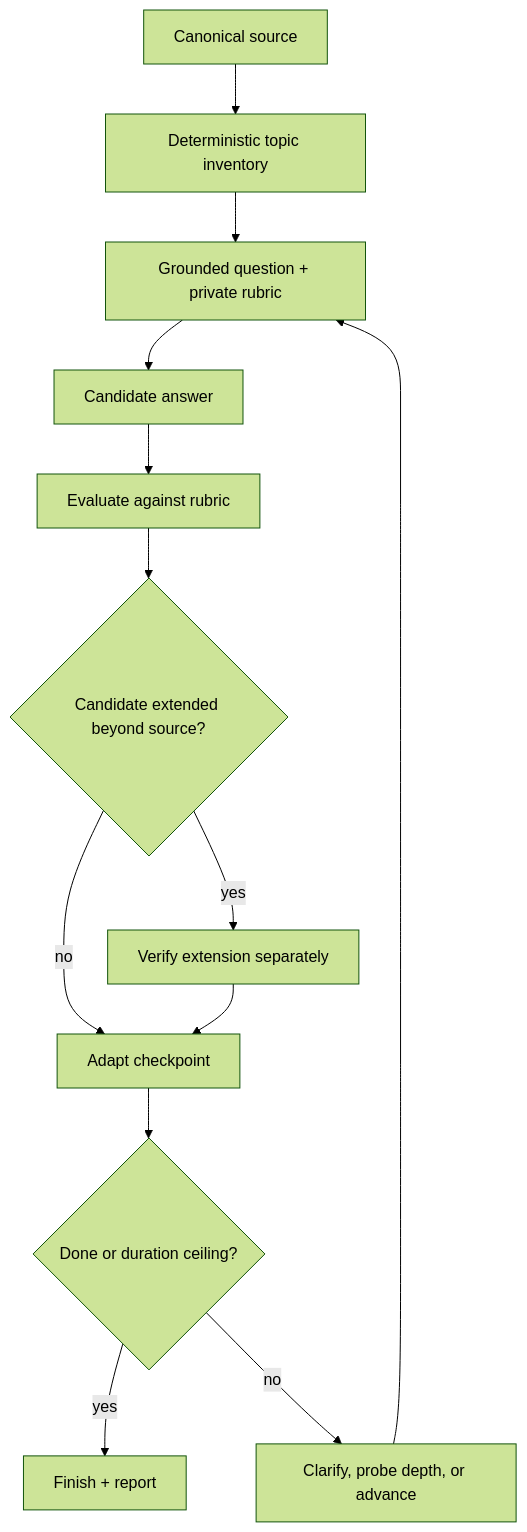
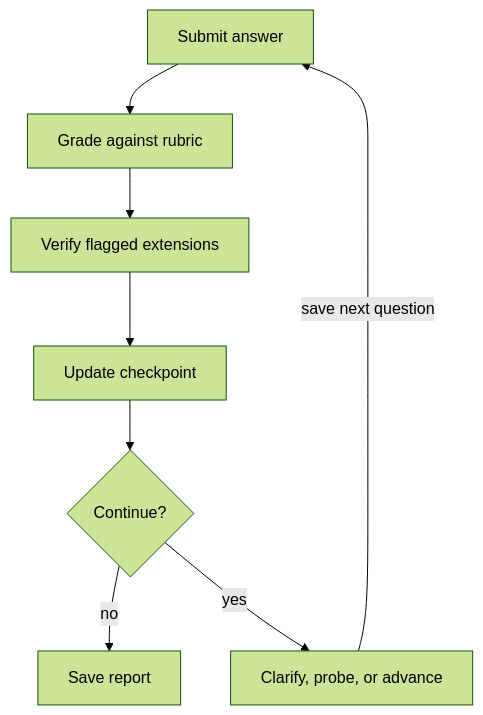
Before and after one commit to rabhishek100/agentic_study_partner: diagram 13 of 15 in docs/flows.md, drawn with Mermaid (forest theme). The commit also changed other lines of this file and 9 other files, not shown here.

Commit message:
Consolidate concise feature and architecture documentation

````diff
--- a/docs/flows.md
+++ b/docs/flows.md
@@ -164,15 +276,10 @@
 ```mermaid
 flowchart TD
-    S[Canonical source] --> I[Deterministic topic inventory]
-    I --> Q[Grounded question + private rubric]
-    Q --> A[Candidate answer]
-    A --> E[Evaluate against rubric]
-    E --> X{Candidate extended beyond source?}
-    X -->|yes| V[Verify extension separately]
-    X -->|no| D[Adapt checkpoint]
-    V --> D
-    D --> F{Done or duration ceiling?}
-    F -->|yes| R[Finish + report]
-    F -->|no| N[Clarify, probe depth, or advance]
-    N --> Q
+    A[Submit answer] --> E[Grade against rubric]
+    E --> W[Verify flagged extensions]
+    W --> D[Update checkpoint]
+    D --> F{Continue?}
+    F -->|no| R[Save report]
+    F -->|yes| N[Clarify, probe, or advance]
+    N -->|save next question| A
 ```
````
